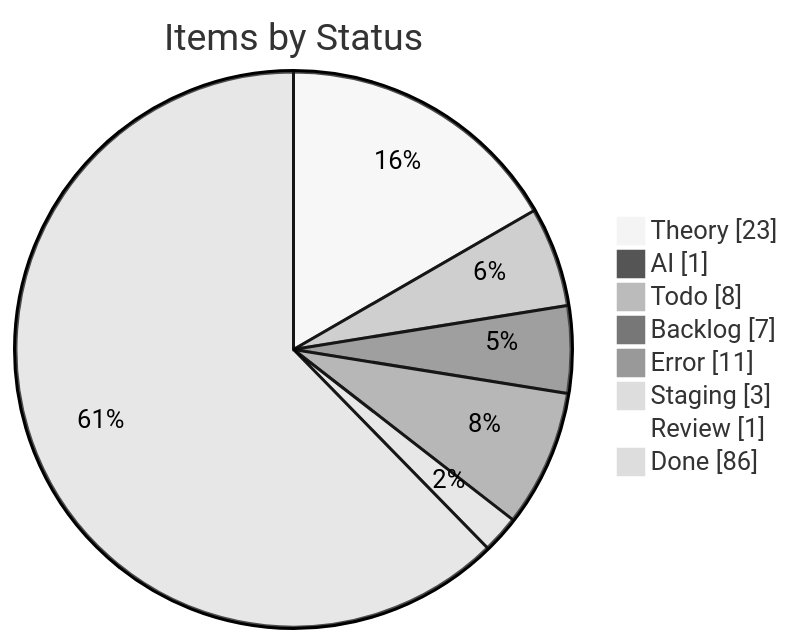
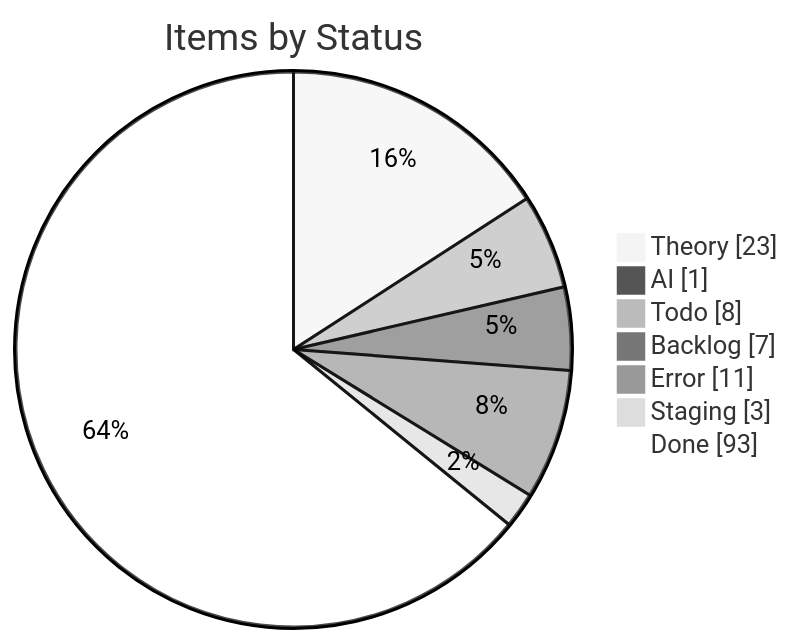
Before and after one commit to KBVE/kbve: the first of 4 diagrams in apps/kbve/astro-kbve/src/content/docs/dashboard/kanban-data.mdx, drawn with Mermaid (neutral theme). The commit also changed other lines of this file and 8 other files, not shown here.

````diff
--- a/apps/kbve/astro-kbve/src/content/docs/dashboard/kanban-data.mdx
+++ b/apps/kbve/astro-kbve/src/content/docs/dashboard/kanban-data.mdx
@@ -55,12 +55,11 @@
 ```mermaid
 pie showData
     title Items by Status
     "Theory" : 23
     "AI" : 1
     "Todo" : 8
     "Backlog" : 7
     "Error" : 11
     "Staging" : 3
-    "Review" : 1
-    "Done" : 86
+    "Done" : 93
 ```
````
